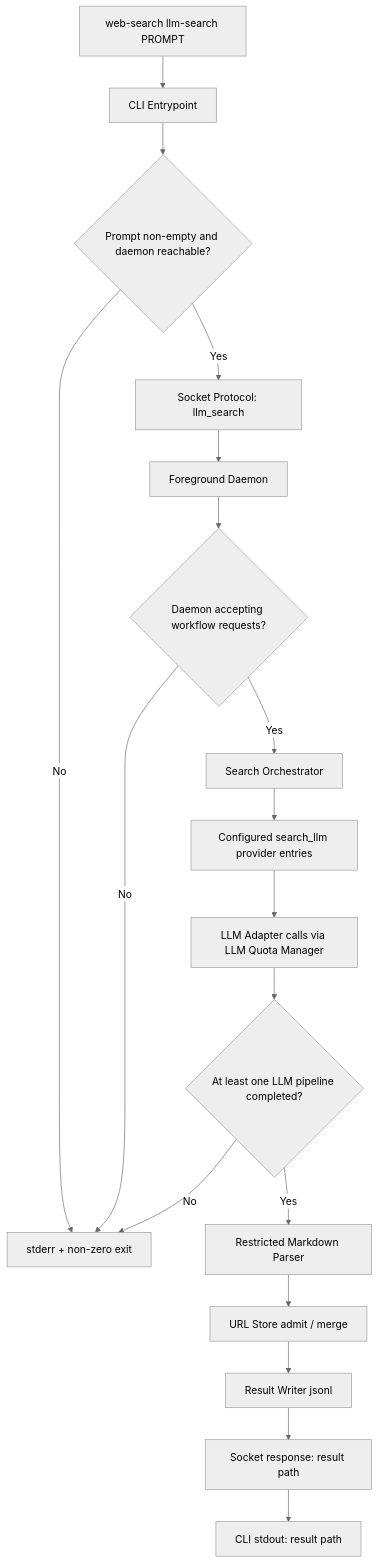
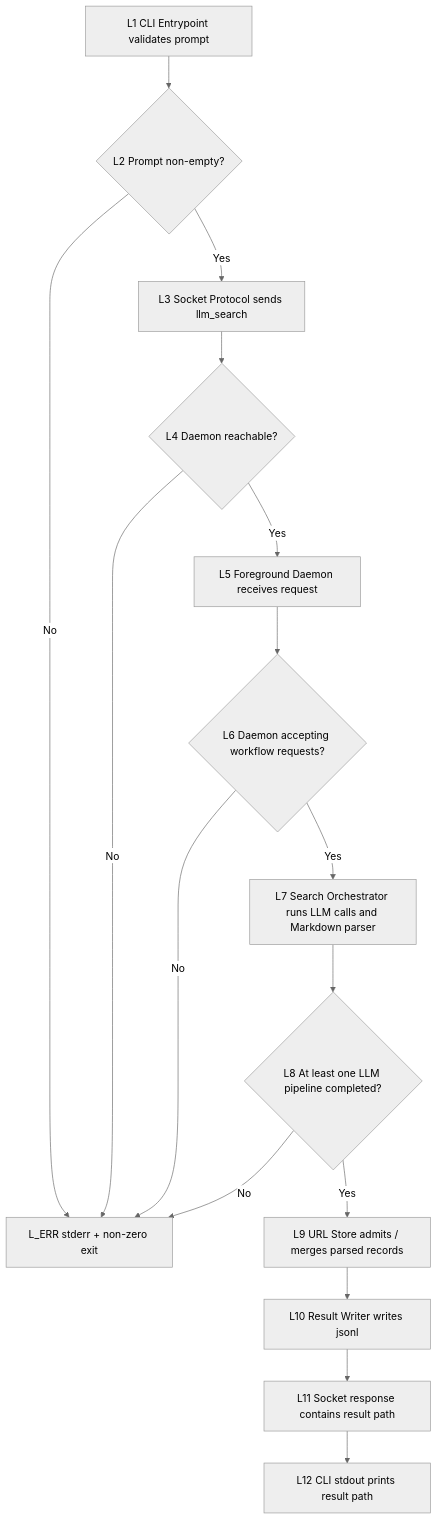
One commit to Dingxingdi/temp-web-search changed the third of 5 diagrams in docs/designs/architectures/web-search-cli.md. Above: the diagram before and after it, drawn with Mermaid (neutral theme). The commit also changed other lines of this file, not shown here.

````diff
--- a/docs/designs/architectures/web-search-cli.md
+++ b/docs/designs/architectures/web-search-cli.md
@@ -499,20 +521,18 @@
 ```mermaid
 flowchart TD
-    A[web-search llm-search PROMPT] --> B[CLI Entrypoint]
-    B --> C{Prompt non-empty and daemon reachable?}
-    C -->|No| D[stderr + non-zero exit]
-    C -->|Yes| E[Socket Protocol: llm_search]
-    E --> F[Foreground Daemon]
-    F --> G{Daemon accepting workflow requests?}
-    G -->|No| D
-    G -->|Yes| H[Search Orchestrator]
-    H --> I[Configured search_llm provider entries]
-    I --> J[LLM Adapter calls via LLM Quota Manager]
-    J --> K{At least one LLM pipeline completed?}
-    K -->|No| D
-    K -->|Yes| L[Restricted Markdown Parser]
-    L --> M[URL Store admit / merge]
-    M --> N[Result Writer jsonl]
-    N --> O[Socket response: result path]
-    O --> P[CLI stdout: result path]
+    L1[L1 CLI Entrypoint validates prompt] --> L2{L2 Prompt non-empty?}
+    L2 -->|No| L_ERR[L_ERR stderr + non-zero exit]
+    L2 -->|Yes| L3[L3 Socket Protocol sends llm_search]
+    L3 --> L4{L4 Daemon reachable?}
+    L4 -->|No| L_ERR
+    L4 -->|Yes| L5[L5 Foreground Daemon receives request]
+    L5 --> L6{L6 Daemon accepting workflow requests?}
+    L6 -->|No| L_ERR
+    L6 -->|Yes| L7[L7 Search Orchestrator runs LLM calls and Markdown parser]
+    L7 --> L8{L8 At least one LLM pipeline completed?}
+    L8 -->|No| L_ERR
+    L8 -->|Yes| L9[L9 URL Store admits / merges parsed records]
+    L9 --> L10[L10 Result Writer writes jsonl]
+    L10 --> L11[L11 Socket response contains result path]
+    L11 --> L12[L12 CLI stdout prints result path]
 ```
````
